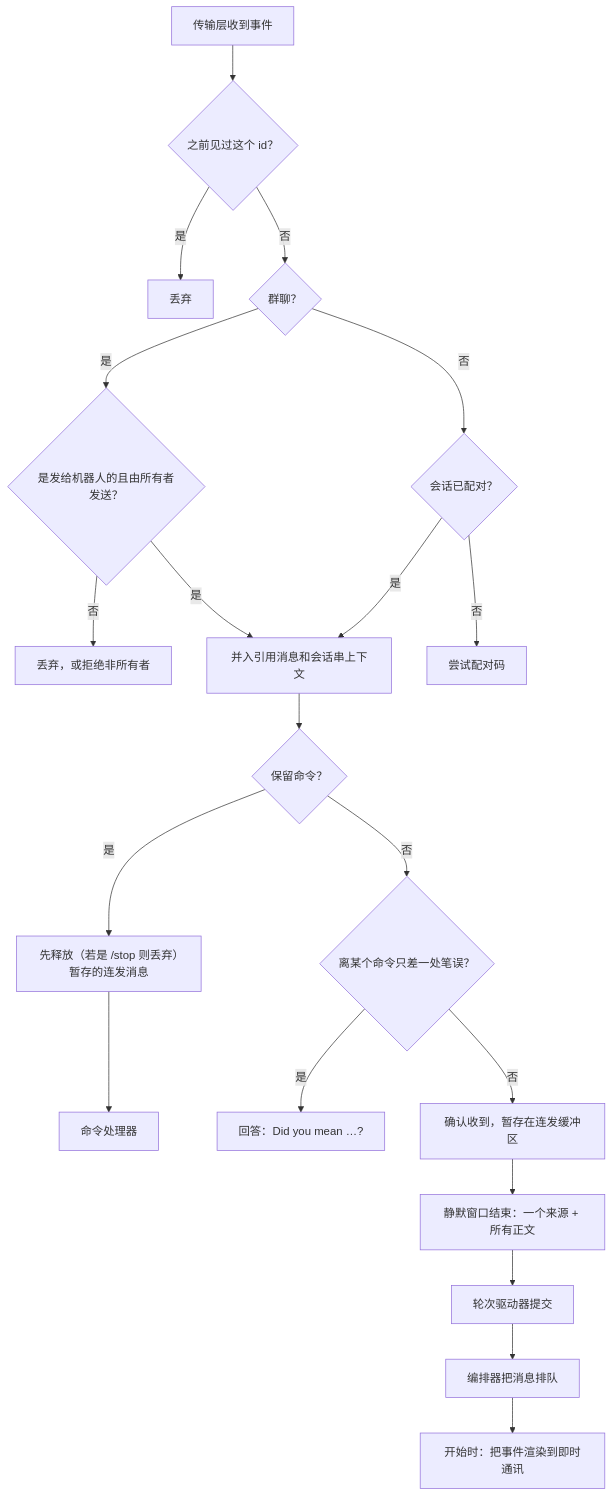
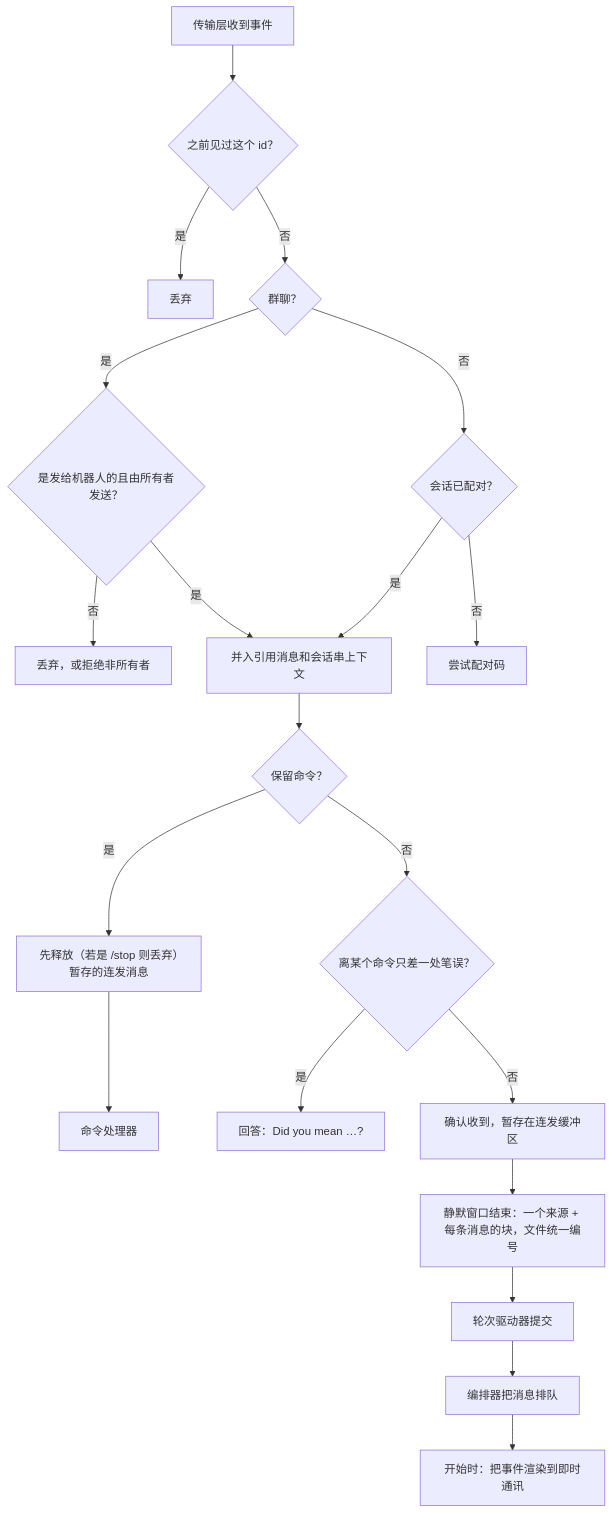
Before and after one commit to wyx-sg/Coffer: the third of 3 diagrams in docs-site/zh/architecture/chat.md, drawn with Mermaid. The commit also changed other lines of this file and 48 other files, not shown here.

````diff
--- a/docs-site/zh/architecture/chat.md
+++ b/docs-site/zh/architecture/chat.md
@@ -267,22 +267,22 @@
 ```mermaid
 flowchart TD
     A["传输层收到事件"] --> B{"之前见过这个 id？"}
     B -- 是 --> X["丢弃"]
     B -- 否 --> C{"群聊？"}
     C -- 是 --> D{"是发给机器人的且由所有者发送？"}
     D -- 否 --> X2["丢弃，或拒绝非所有者"]
     D -- 是 --> F
     C -- 否 --> E{"会话已配对？"}
     E -- 否 --> P["尝试配对码"]
     E -- 是 --> F["并入引用消息和会话串上下文"]
     F --> G{"保留命令？"}
     H0 --> H["命令处理器"]
     G -- 是 --> H0["先释放（若是 /stop 则丢弃）暂存的连发消息"]
     G -- 否 --> T{"离某个命令只差一处笔误？"}
     T -- 是 --> TY["回答：Did you mean …?"]
     T -- 否 --> I["确认收到，暂存在连发缓冲区"]
-    I --> I2["静默窗口结束：一个来源 + 所有正文"]
+    I --> I2["静默窗口结束：一个来源 + 每条消息的块，文件统一编号"]
     I2 --> J["轮次驱动器提交"]
     J --> K["编排器把消息排队"]
     K --> L["开始时：把事件渲染到即时通讯"]
 ```
````
